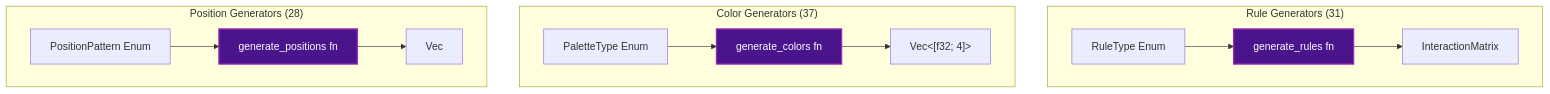
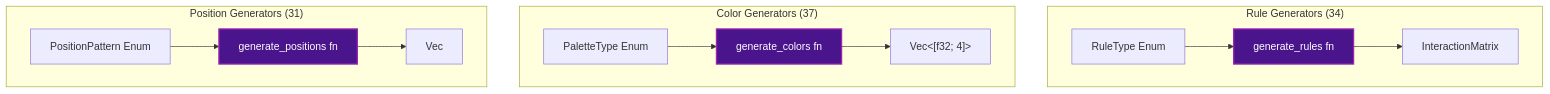
The eighth of 9 diagrams in docs/ARCHITECTURE.md (paulrobello/par-particle-life), drawn with Mermaid before and after one commit. The commit also changed other lines of this file and 44 other files, not shown here.

````diff
--- a/docs/ARCHITECTURE.md
+++ b/docs/ARCHITECTURE.md
@@ -412,33 +417,33 @@
 ```mermaid
 graph TB
-    subgraph Rules["Rule Generators (31)"]
+    subgraph Rules["Rule Generators (34)"]
         RulesEnum[RuleType Enum]
         RulesGen[generate_rules fn]
         Matrix[InteractionMatrix]
     end
 
     subgraph Colors["Color Generators (37)"]
         ColorsEnum[PaletteType Enum]
         ColorsGen[generate_colors fn]
         Palette["Vec<[f32; 4]>"]
     end
 
-    subgraph Positions["Position Generators (28)"]
+    subgraph Positions["Position Generators (31)"]
         PosEnum[PositionPattern Enum]
         PosGen[generate_positions fn]
         Particles["Vec<Particle>"]
     end
 
     RulesEnum --> RulesGen
     RulesGen --> Matrix
 
     ColorsEnum --> ColorsGen
     ColorsGen --> Palette
 
     PosEnum --> PosGen
     PosGen --> Particles
 
     style RulesGen fill:#4a148c,stroke:#9c27b0,stroke-width:2px,color:#ffffff
     style ColorsGen fill:#4a148c,stroke:#9c27b0,stroke-width:2px,color:#ffffff
     style PosGen fill:#4a148c,stroke:#9c27b0,stroke-width:2px,color:#ffffff
 ```
````
